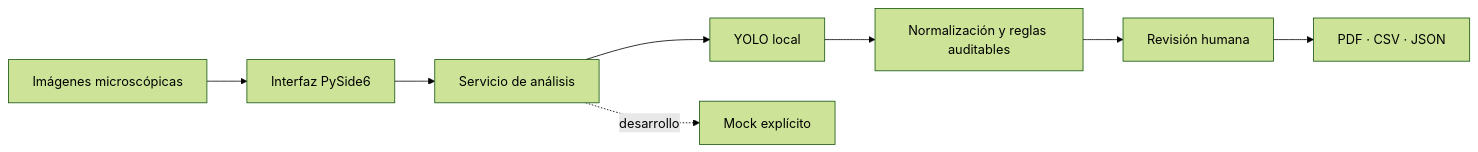
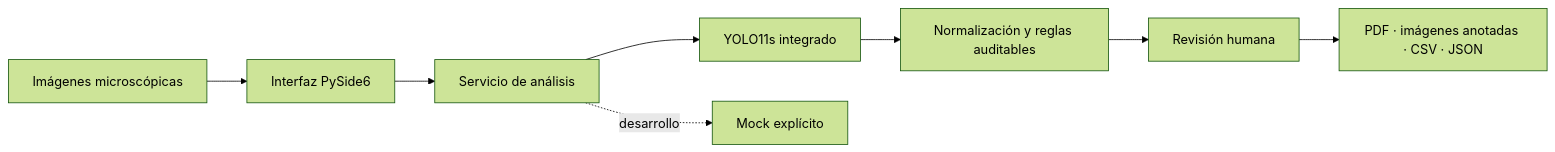
One commit to DnsRudy21/VECTOR_UroSight changed the diagram in README.md. Above: the diagram before and after it, drawn with Mermaid (forest theme). The commit also changed other lines of this file and 5 other files, not shown here.

````diff
--- a/README.md
+++ b/README.md
@@ -45,10 +45,10 @@
 ```mermaid
 flowchart LR
     A["Imágenes microscópicas"] --> B["Interfaz PySide6"]
     B --> C["Servicio de análisis"]
-    C --> D["YOLO local"]
+    C --> D["YOLO11s integrado"]
     C -. desarrollo .-> E["Mock explícito"]
     D --> H["Normalización y reglas auditables"]
     H --> I["Revisión humana"]
-    I --> J["PDF · CSV · JSON"]
+    I --> J["PDF · imágenes anotadas · CSV · JSON"]
 ```
````
